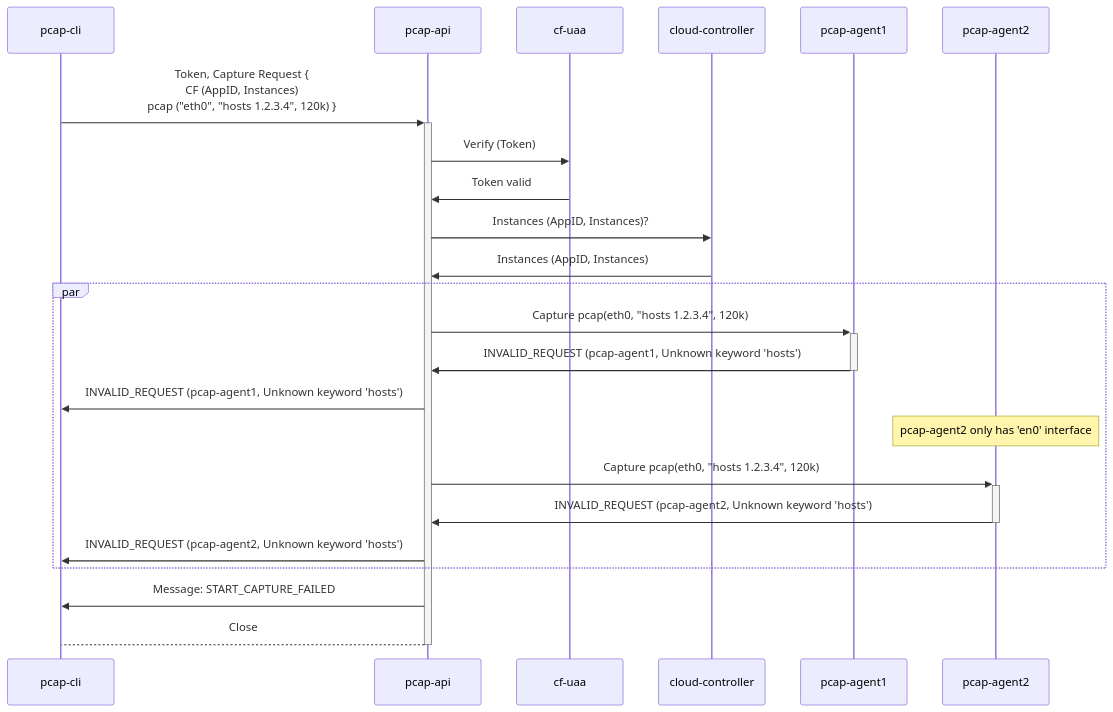
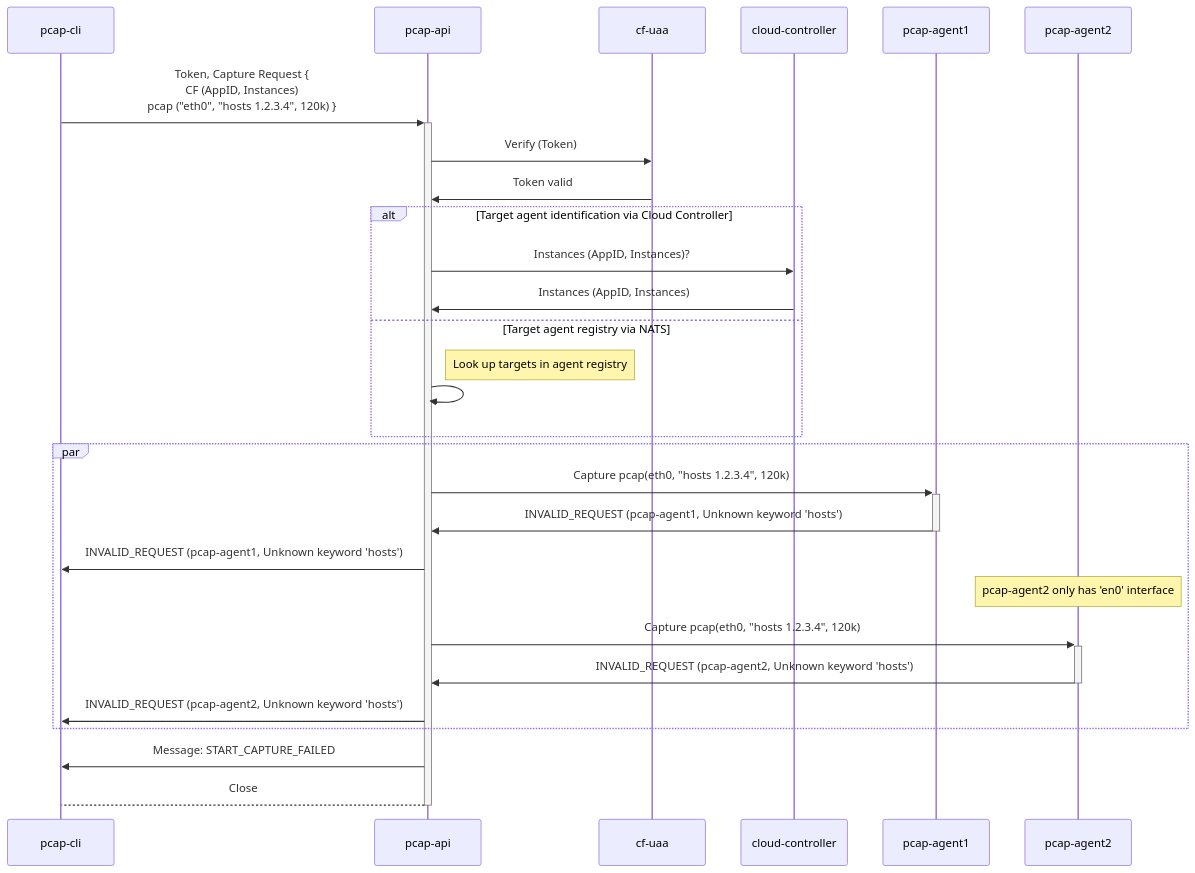
One commit to cloudfoundry/pcap-release changed diagram 16 of 21 in docs/api-communication-spec.md. Above: the diagram before and after it, drawn with Mermaid. The commit also changed other lines of this file, not shown here.

Commit message:
docs(api): remove duplicated diagrams for CC/NATS options, unify with alt block

````diff
--- a/docs/api-communication-spec.md
+++ b/docs/api-communication-spec.md
@@ -811,21 +725,26 @@
 ```mermaid
 sequenceDiagram
     pcap-cli ->>+ pcap-api: Token, Capture Request {<br/>CF (AppID, Instances)<br/>pcap ("eth0", "hosts 1.2.3.4", 120k) }
     pcap-api ->> cf-uaa: Verify (Token)
     cf-uaa ->> pcap-api: Token valid
-    pcap-api ->> cloud-controller: Instances (AppID, Instances)?
-    cloud-controller ->> pcap-api: Instances (AppID, Instances)
+    alt Target agent identification via Cloud Controller
+        pcap-api ->> cloud-controller: Instances (AppID, Instances)?
+        cloud-controller ->> pcap-api: Instances (AppID, Instances)
+    else Target agent registry via NATS
+        note right of pcap-api: Look up targets in agent registry
+        pcap-api ->> pcap-api: 
+    end
     par
         pcap-api ->>+ pcap-agent1: Capture pcap(eth0, "hosts 1.2.3.4", 120k)
         pcap-agent1 ->>- pcap-api: INVALID_REQUEST (pcap-agent1, Unknown keyword 'hosts')
         pcap-api ->> pcap-cli: INVALID_REQUEST (pcap-agent1, Unknown keyword 'hosts')
     
         note over pcap-agent2: pcap-agent2 only has 'en0' interface
         pcap-api ->>+ pcap-agent2: Capture pcap(eth0, "hosts 1.2.3.4", 120k)
         pcap-agent2 ->>- pcap-api: INVALID_REQUEST (pcap-agent2, Unknown keyword 'hosts')
         pcap-api ->> pcap-cli: INVALID_REQUEST (pcap-agent2, Unknown keyword 'hosts')
     end
     
     pcap-api ->> pcap-cli: Message: START_CAPTURE_FAILED
     pcap-api -->- pcap-cli: Close
 ```
````
